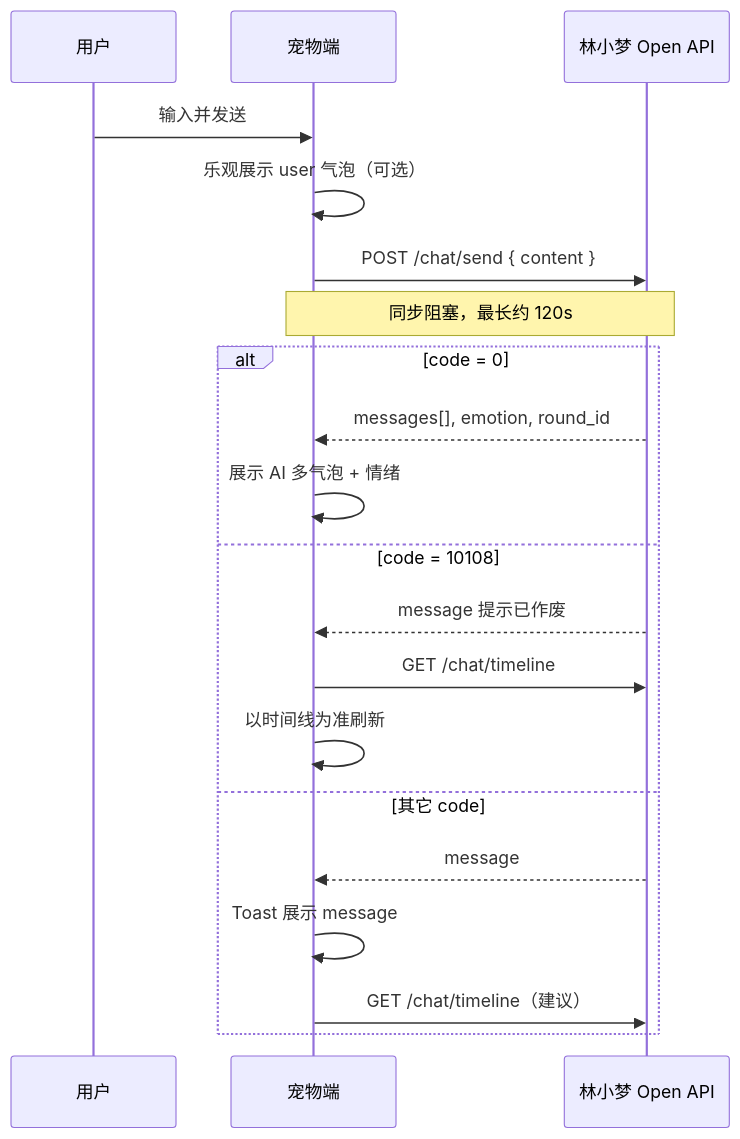
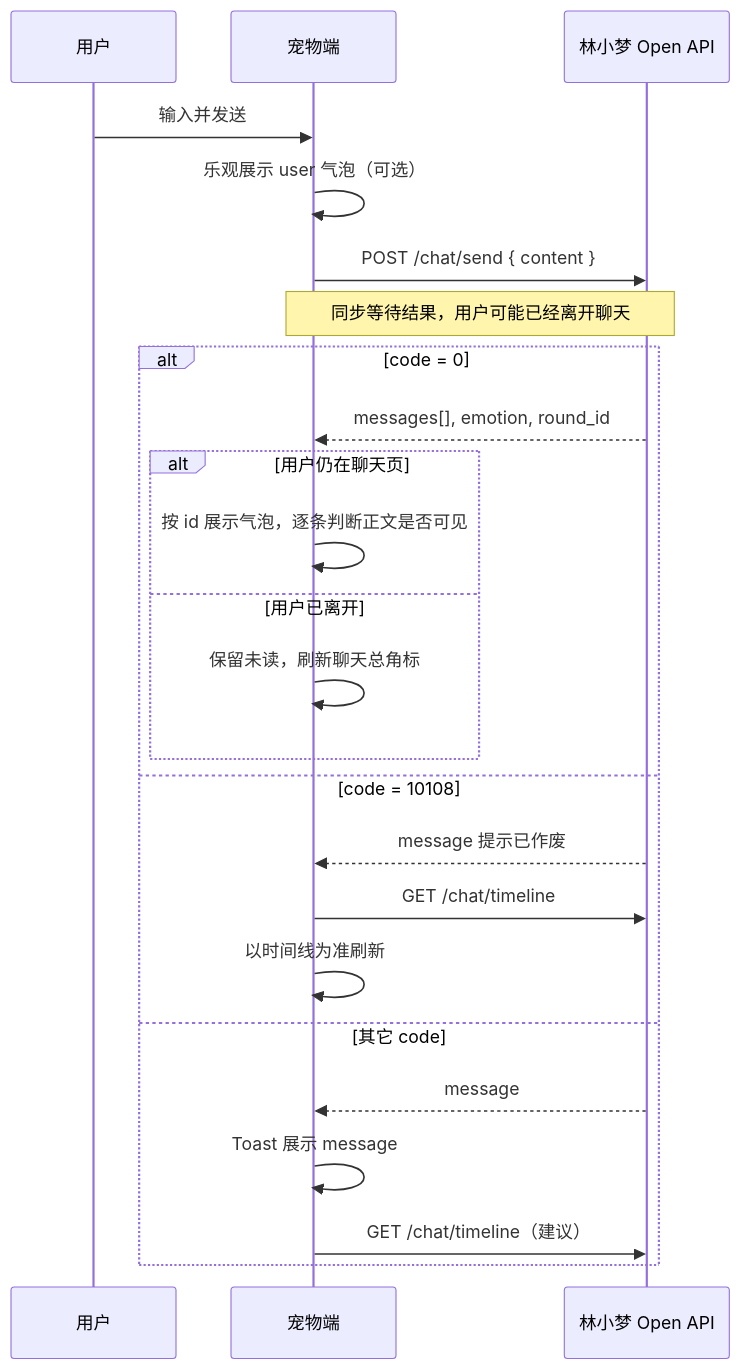
The third of 5 diagrams in docs/partner/林小梦-OpenAPI-宠物端接入指南.md (cong19920207-bit/lxm), drawn with Mermaid before and after one commit. The commit also changed other lines of this file and 116 other files, not shown here.

````diff
--- a/docs/partner/林小梦-OpenAPI-宠物端接入指南.md
+++ b/docs/partner/林小梦-OpenAPI-宠物端接入指南.md
@@ -232,23 +247,27 @@
 ```mermaid
 sequenceDiagram
   participant User as 用户
   participant Pet as 宠物端
   participant API as 林小梦 Open API
 
   User->>Pet: 输入并发送
   Pet->>Pet: 乐观展示 user 气泡（可选）
   Pet->>API: POST /chat/send { content }
-  Note over Pet,API: 同步阻塞，最长约 120s
+  Note over Pet,API: 同步等待结果，用户可能已经离开聊天
   alt code = 0
     API-->>Pet: messages[], emotion, round_id
-    Pet->>Pet: 展示 AI 多气泡 + 情绪
+    alt 用户仍在聊天页
+      Pet->>Pet: 按 id 展示气泡，逐条判断正文是否可见
+    else 用户已离开
+      Pet->>Pet: 保留未读，刷新聊天总角标
+    end
   else code = 10108
     API-->>Pet: message 提示已作废
     Pet->>API: GET /chat/timeline
     Pet->>Pet: 以时间线为准刷新
   else 其它 code
     API-->>Pet: message
     Pet->>Pet: Toast 展示 message
     Pet->>API: GET /chat/timeline（建议）
   end
 ```
````
